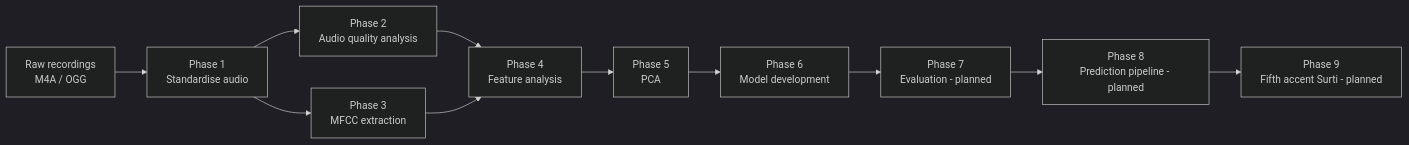
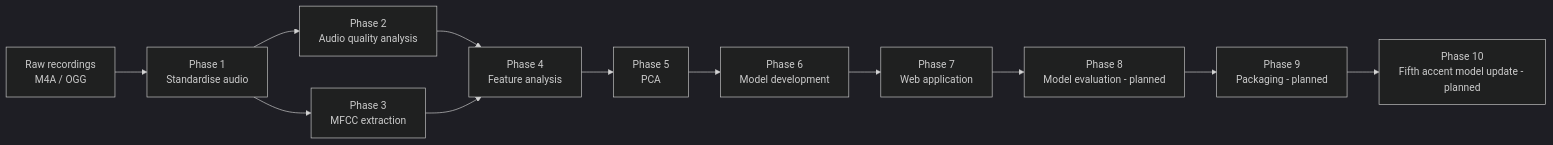
Before and after one commit to pri-2711/GAC: the diagram in README.md, drawn with Mermaid (dark theme). The commit also changed other lines of this file and 10 other files, not shown here.

````diff
--- a/README.md
+++ b/README.md
@@ -90,13 +91,14 @@
 ```mermaid
 flowchart LR
     A[Raw recordings<br/>M4A / OGG] --> P1[Phase 1<br/>Standardise audio]
     P1 --> P2[Phase 2<br/>Audio quality analysis]
     P1 --> P3[Phase 3<br/>MFCC extraction]
     P2 --> P4[Phase 4<br/>Feature analysis]
     P3 --> P4
     P4 --> P5[Phase 5<br/>PCA]
     P5 --> P6[Phase 6<br/>Model development]
-    P6 --> P7[Phase 7<br/>Evaluation - planned]
-    P7 --> P8[Phase 8<br/>Prediction pipeline - planned]
-    P8 --> P9[Phase 9<br/>Fifth accent Surti - planned]
+    P6 --> P7[Phase 7<br/>Web application]
+    P7 --> P8[Phase 8<br/>Model evaluation - planned]
+    P8 --> P9[Phase 9<br/>Packaging - planned]
+    P9 --> P10[Phase 10<br/>Fifth accent model update - planned]
 ```
````
